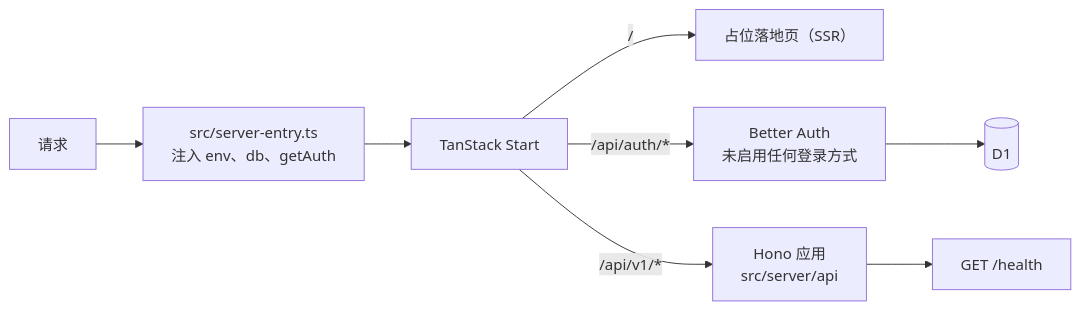
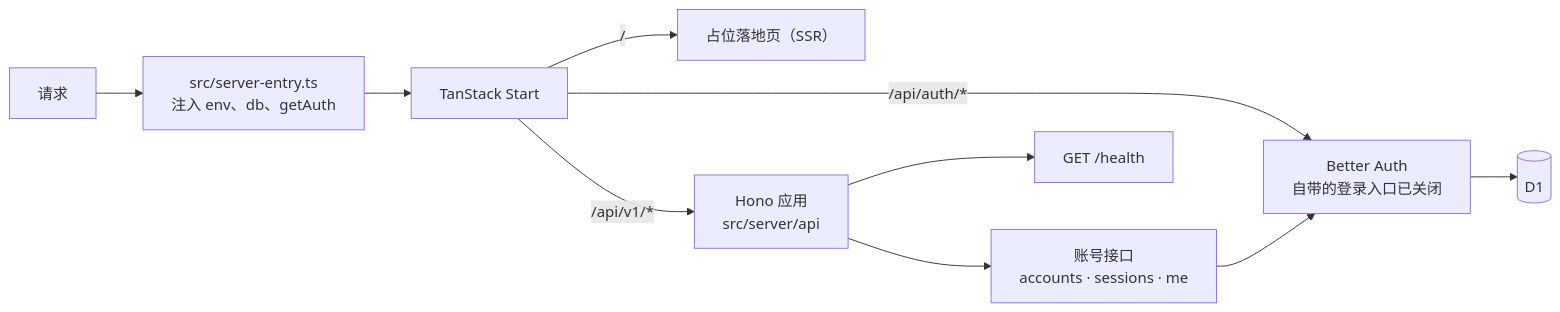
The sixth of 6 diagrams in docs/architecture.md (lixw1994/murmurs), drawn with Mermaid before and after one commit. The commit also changed other lines of this file and 57 other files, not shown here.

````diff
--- a/docs/architecture.md
+++ b/docs/architecture.md
@@ -254,10 +302,12 @@
 ```mermaid
 flowchart LR
   Req["请求"] --> Entry["src/server-entry.ts<br/>注入 env、db、getAuth"]
   Entry --> TSS["TanStack Start"]
   TSS -->|"/"| UI["占位落地页（SSR）"]
-  TSS -->|"/api/auth/*"| Auth["Better Auth<br/>未启用任何登录方式"]
+  TSS -->|"/api/auth/*"| Auth["Better Auth<br/>自带的登录入口已关闭"]
   TSS -->|"/api/v1/*"| Hono["Hono 应用<br/>src/server/api"]
   Hono --> Health["GET /health"]
+  Hono --> Accounts["账号接口<br/>accounts · sessions · me"]
+  Accounts --> Auth
   Auth --> D1[("D1")]
 ```
````
